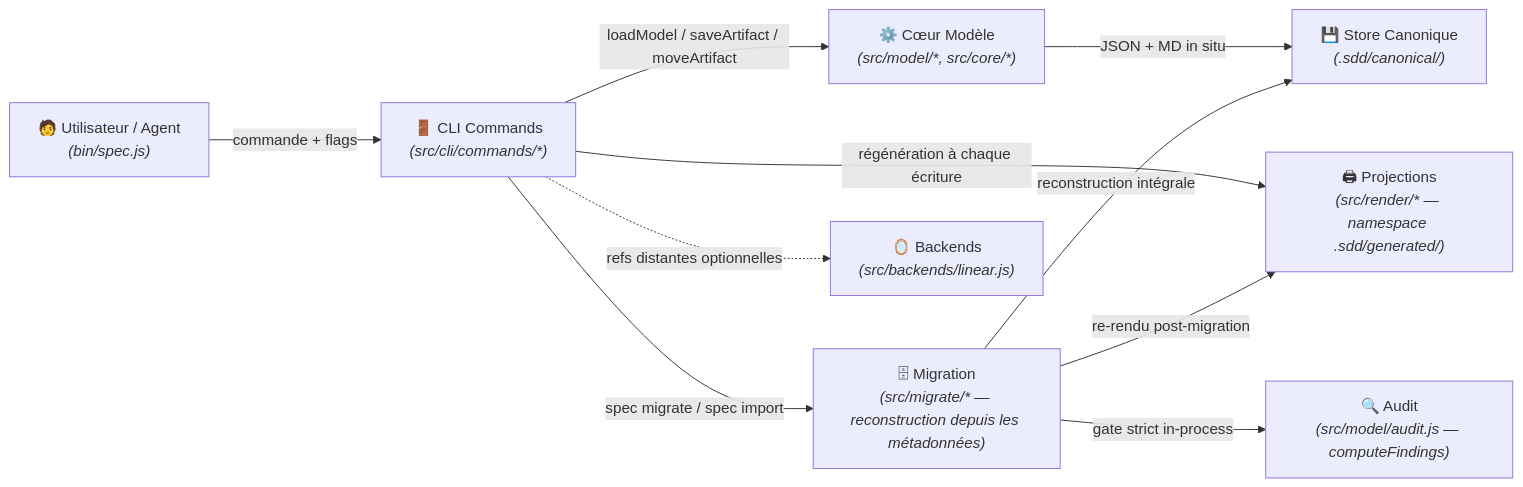
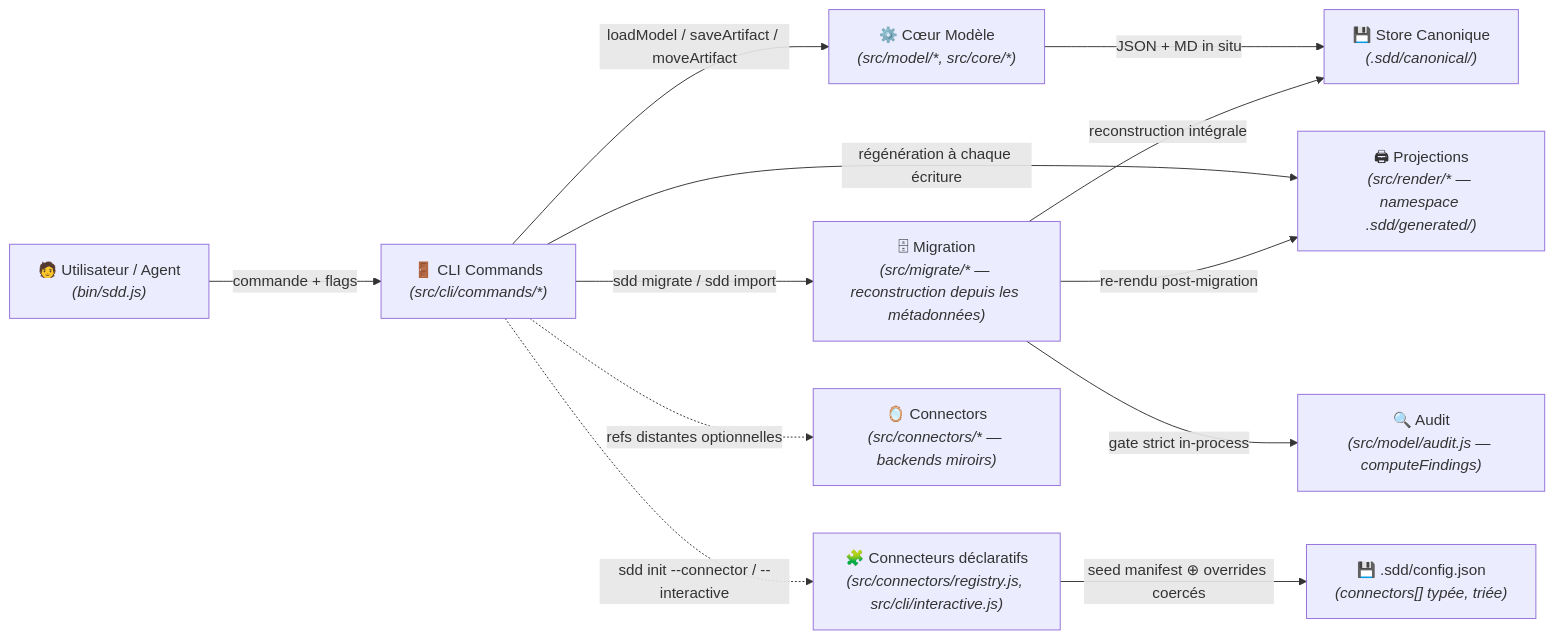
Before and after one commit to ngdo-pro/sdd: the diagram in .sdd/knowledge/domains/spec-model/tech.md, drawn with Mermaid. The commit also changed other lines of this file and 103 other files, not shown here.

First line of the commit message:
feat!: CLI sdd, package agnostique, init déclaratif multi-connecteurs (spec 004)

````diff
--- a/.sdd/knowledge/domains/spec-model/tech.md
+++ b/.sdd/knowledge/domains/spec-model/tech.md
@@ -10,13 +10,15 @@
 ```mermaid
 flowchart LR
-    U["🧑 Utilisateur / Agent<br><i>(bin/spec.js)</i>"]
+    U["🧑 Utilisateur / Agent<br><i>(bin/sdd.js)</i>"]
     -->|commande + flags| CLI["🚪 CLI Commands<br><i>(src/cli/commands/*)</i>"]
     CLI -->|loadModel / saveArtifact / moveArtifact| Core["⚙️ Cœur Modèle<br><i>(src/model/*, src/core/*)</i>"]
     Core -->|JSON + MD in situ| Disk["💾 Store Canonique<br><i>(.sdd/canonical/)</i>"]
     CLI -->|régénération à chaque écriture| Render["🖨 Projections<br><i>(src/render/* — namespace .sdd/generated/)</i>"]
-    CLI -->|spec migrate / spec import| Migrate["🗄 Migration<br><i>(src/migrate/* — reconstruction depuis les métadonnées)</i>"]
+    CLI -->|sdd migrate / sdd import| Migrate["🗄 Migration<br><i>(src/migrate/* — reconstruction depuis les métadonnées)</i>"]
     Migrate -->|reconstruction intégrale| Disk
     Migrate -->|gate strict in-process| Audit["🔍 Audit<br><i>(src/model/audit.js — computeFindings)</i>"]
     Migrate -->|re-rendu post-migration| Render
-    CLI -.->|refs distantes optionnelles| Mirror["🪞 Backends<br><i>(src/backends/linear.js)</i>"]
+    CLI -.->|sdd init --connector / --interactive| Declar["🧩 Connecteurs déclaratifs<br><i>(src/connectors/registry.js, src/cli/interactive.js)</i>"]
+    Declar -->|seed manifest ⊕ overrides coercés| Config["💾 .sdd/config.json<br><i>(connectors[] typée, triée)</i>"]
+    CLI -.->|refs distantes optionnelles| Mirror["🪞 Connectors<br><i>(src/connectors/* — backends miroirs)</i>"]
 ```
````
